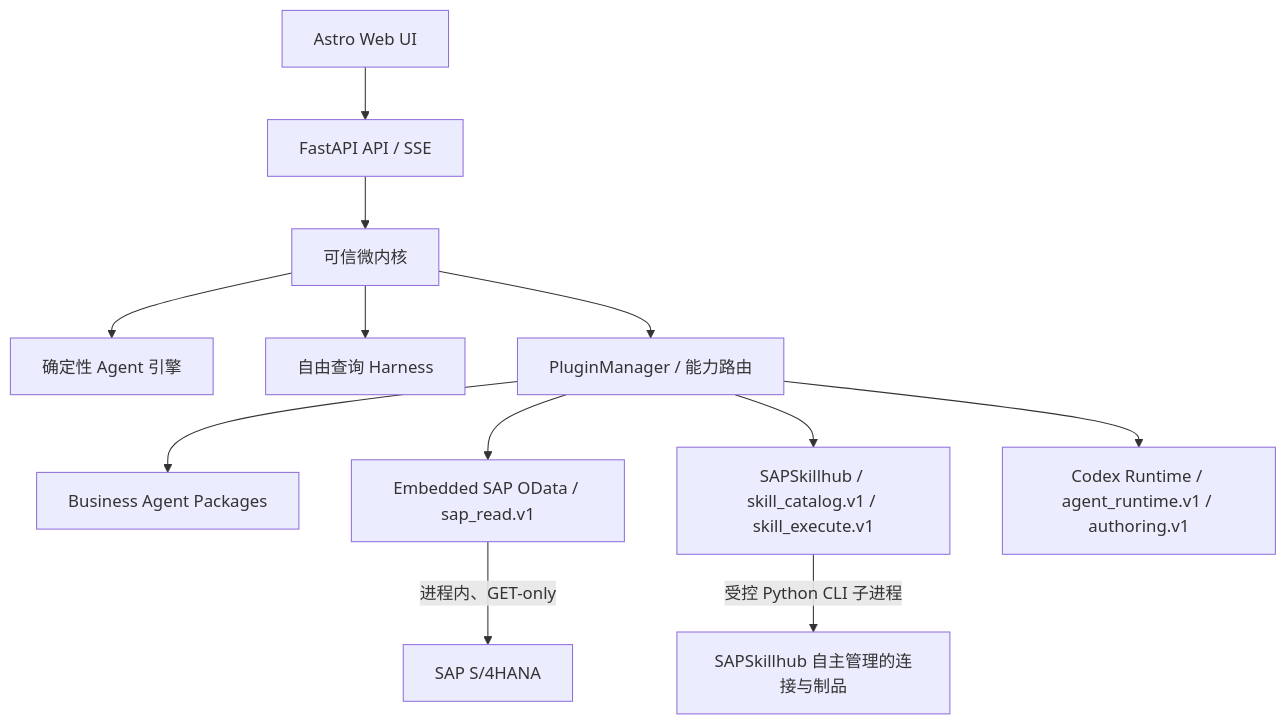
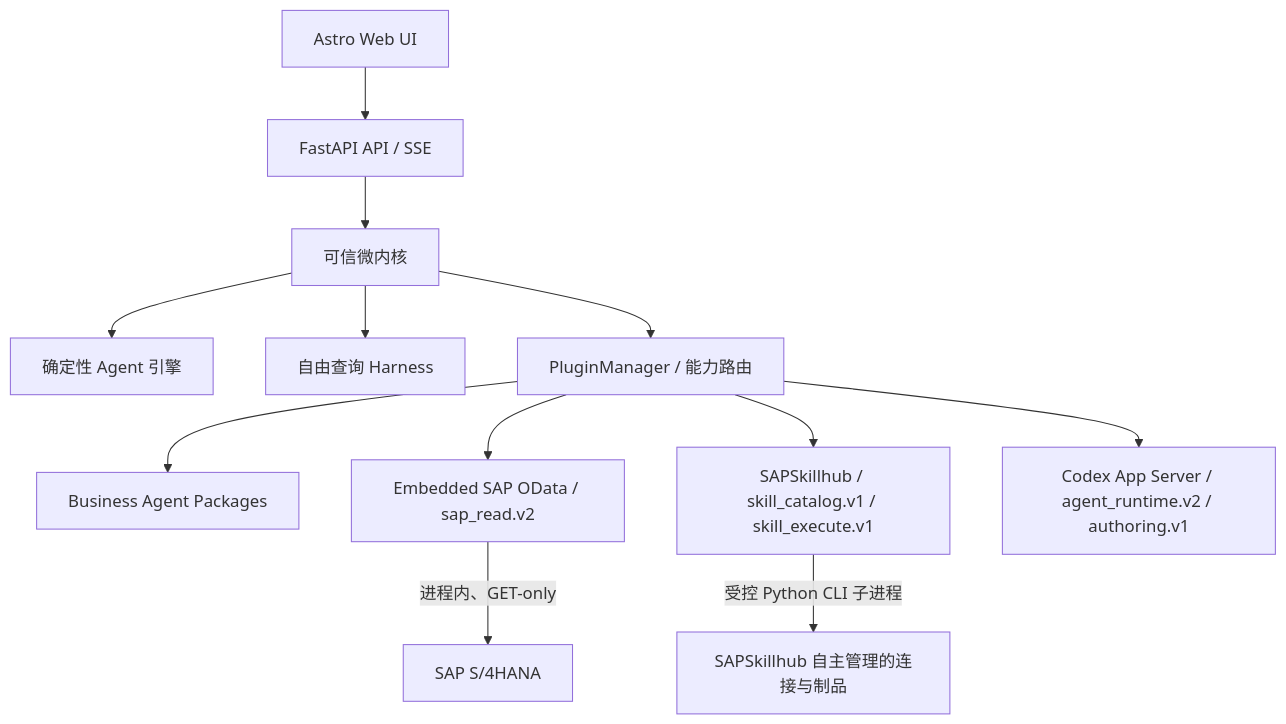
One commit to yin-wen-bin/SAPBusinessAgents changed the diagram in docs/local-plugin-platform.md. Above: the diagram before and after it, drawn with Mermaid. The commit also changed other lines of this file and 87 other files, not shown here.

Commit message:
Add Codex harness and versioned OData catalog

````diff
--- a/docs/local-plugin-platform.md
+++ b/docs/local-plugin-platform.md
@@ -14,14 +14,14 @@
 ```mermaid
 flowchart TB
     UI["Astro Web UI"] --> API["FastAPI API / SSE"]
     API --> CORE["可信微内核"]
     CORE --> FIXED["确定性 Agent 引擎"]
     CORE --> FREE["自由查询 Harness"]
     CORE --> REGISTRY["PluginManager / 能力路由"]
     REGISTRY --> AGENT["Business Agent Packages"]
-    REGISTRY --> EMBEDDED["Embedded SAP OData / sap_read.v1"]
+    REGISTRY --> EMBEDDED["Embedded SAP OData / sap_read.v2"]
     REGISTRY --> SKILLS["SAPSkillhub / skill_catalog.v1 / skill_execute.v1"]
-    REGISTRY --> CODEX["Codex Runtime / agent_runtime.v1 / authoring.v1"]
+    REGISTRY --> CODEX["Codex App Server / agent_runtime.v2 / authoring.v1"]
     EMBEDDED -->|"进程内、GET-only"| SAP["SAP S/4HANA"]
     SKILLS -->|"受控 Python CLI 子进程"| LOCAL["SAPSkillhub 自主管理的连接与制品"]
 ```
````
